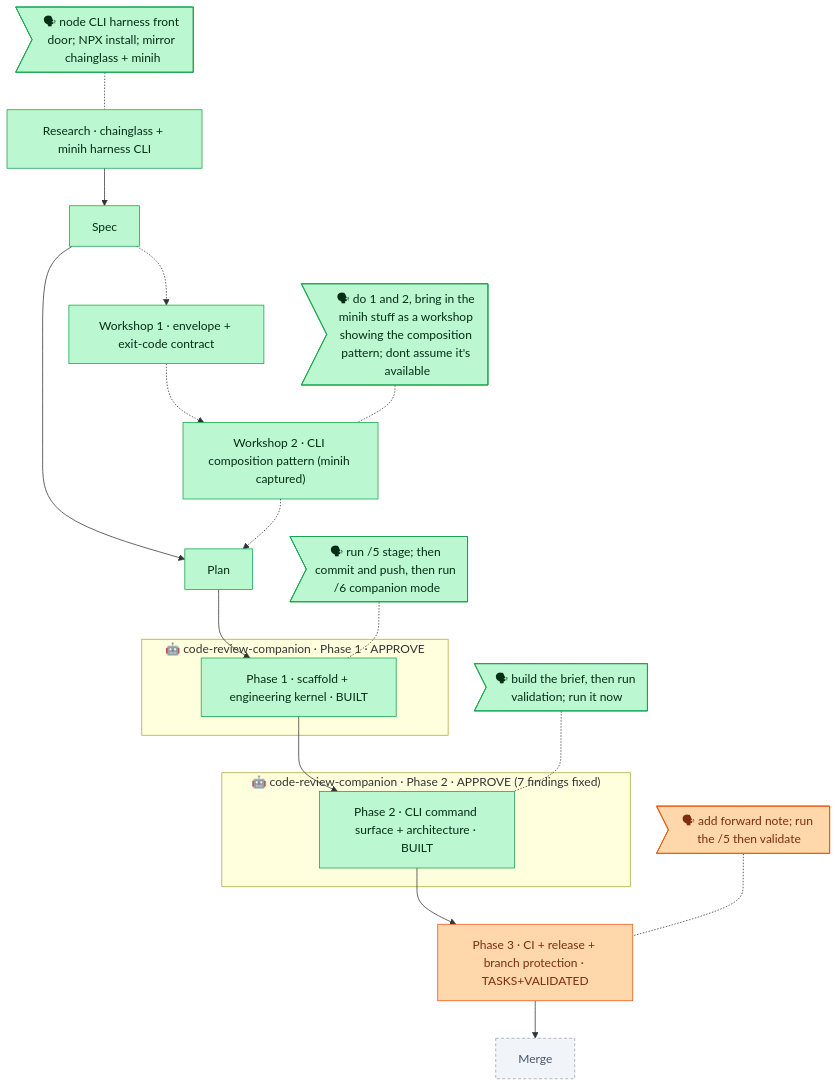
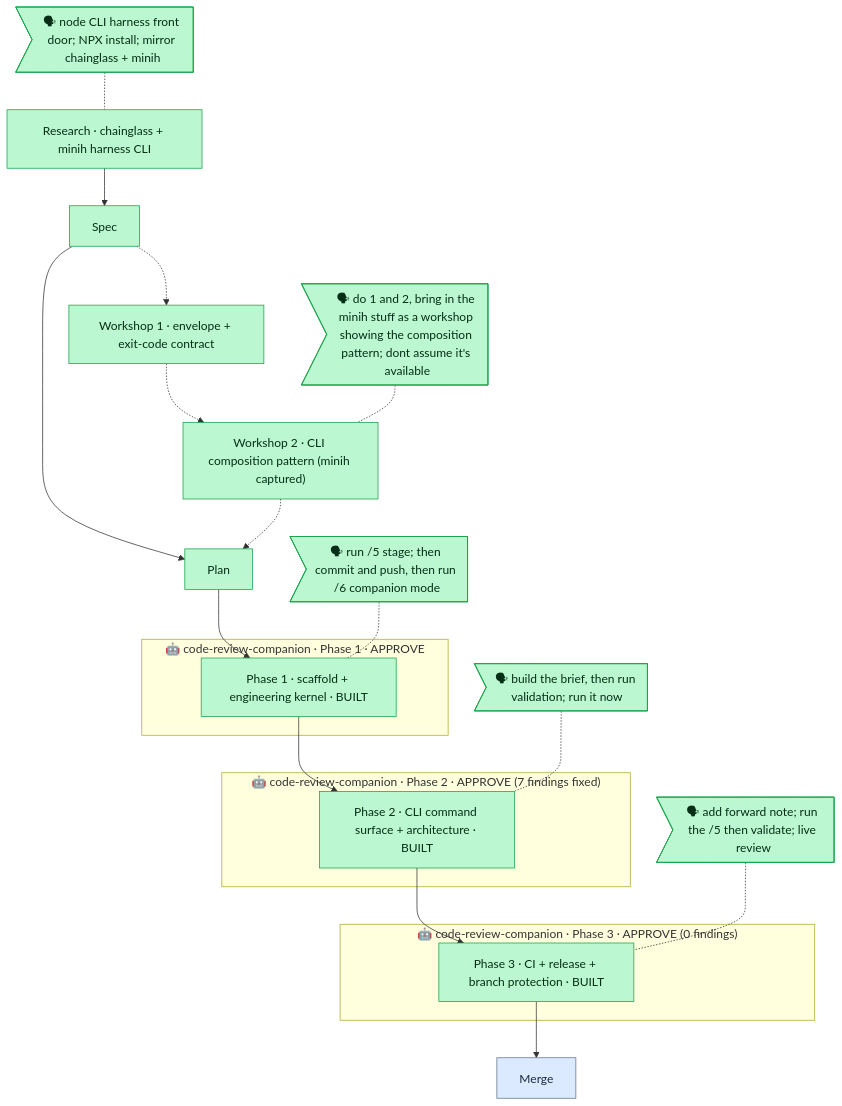
The diagram in docs/plans/004-harness-core/the-flow.md (AI-Substrate/harness-engineering), drawn with Mermaid before and after one commit. The commit also changed other lines of this file and 4 other files, not shown here.

First line of the commit message:
docs(harness-core): Phase 3 companion debrief + retro, flow -> Merge

````diff
--- a/docs/plans/004-harness-core/the-flow.md
+++ b/docs/plans/004-harness-core/the-flow.md
@@ -5,37 +5,39 @@
 ```mermaid
 flowchart TD
   classDef done fill:#bbf7d0,stroke:#16a34a,color:#052e16;
   classDef wip fill:#fed7aa,stroke:#ea580c,color:#7c2d12;
   classDef blocked fill:#fecaca,stroke:#dc2626,color:#7f1d1d;
   classDef known fill:#dbeafe,stroke:#64748b,color:#1e293b;
   classDef assumed fill:#f1f5f9,stroke:#94a3b8,color:#475569,stroke-dasharray:4 3;
 
   research["Research · chainglass + minih harness CLI"]:::done
   spec["Spec"]:::done
   plan["Plan"]:::done
   subgraph companion1["🤖 code-review-companion · Phase 1 · APPROVE"]
     p1["Phase 1 · scaffold + engineering kernel · BUILT"]:::done
   end
   subgraph companion2["🤖 code-review-companion · Phase 2 · APPROVE (7 findings fixed)"]
     p2["Phase 2 · CLI command surface + architecture · BUILT"]:::done
   end
-  p3["Phase 3 · CI + release + branch protection · TASKS+VALIDATED"]:::wip
-  merge["Merge"]:::assumed
+  subgraph companion3["🤖 code-review-companion · Phase 3 · APPROVE (0 findings)"]
+    p3["Phase 3 · CI + release + branch protection · BUILT"]:::done
+  end
+  merge["Merge"]:::known
 
   research --> spec --> plan --> p1 --> p2 --> p3 --> merge
 
   ws1["Workshop 1 · envelope + exit-code contract"]:::done
   ws2["Workshop 2 · CLI composition pattern (minih captured)"]:::done
   spec -.-> ws1 -.-> ws2 -.-> plan
 
   said_research>"🗣 node CLI harness front door; NPX install; mirror chainglass + minih"]:::done
   said_research -.- research
   said_ws>"🗣 do 1 and 2, bring in the minih stuff as a workshop showing the composition pattern; dont assume it's available"]:::done
   said_ws -.- ws2
   said_p1>"🗣 run /5 stage; then commit and push, then run /6 companion mode"]:::done
   said_p1 -.- p1
   said_p2>"🗣 build the brief, then run validation; run it now"]:::done
   said_p2 -.- p2
-  said_p3>"🗣 add forward note; run the /5 then validate"]:::wip
+  said_p3>"🗣 add forward note; run the /5 then validate; live review"]:::done
   said_p3 -.- p3
 ```
````
